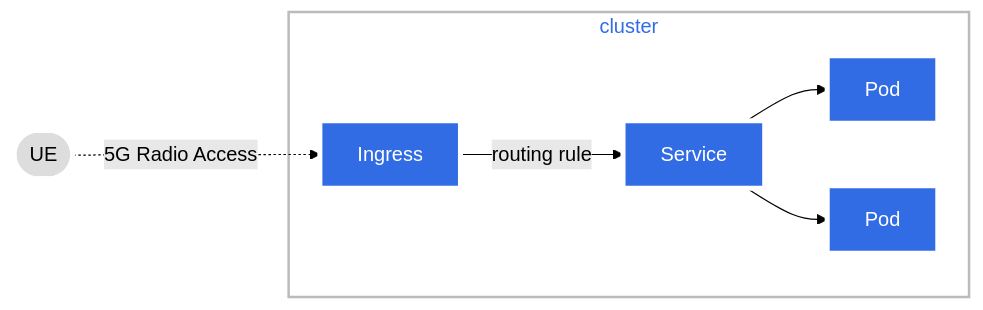
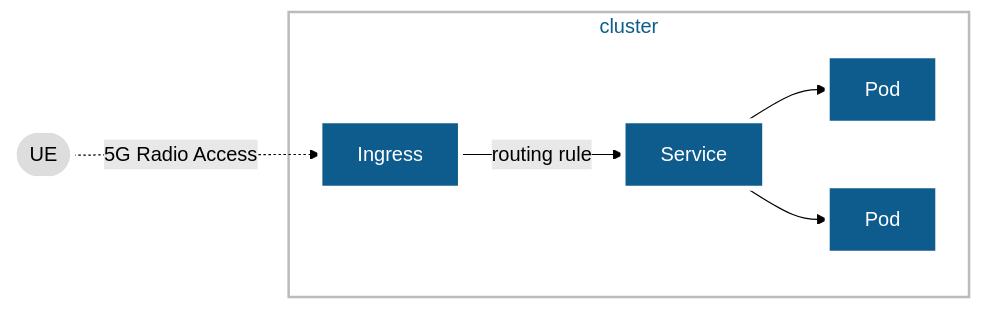
Before and after one commit to robinmordasiewicz/f5-cnf-lab: the second of 2 diagrams in index.rst, drawn with Mermaid (forest theme). The commit also changed other lines of this file and 12 other files, not shown here.

```diff
--- a/index.rst
+++ b/index.rst
@@ -50,17 +53,17 @@
 .. mermaid::
    :caption: Figure 6: Ingress Controller
 
    graph LR
       UE([UE])-. 5G Radio Access .->ingress[Ingress];
       ingress-->|routing rule|service[Service];
       subgraph cluster
       ingress;
       service-->pod1[Pod];
       service-->pod2[Pod];
       end
       classDef plain fill:#ddd,stroke:#fff,stroke-width:4px,color:#000;
-      classDef k8s fill:#326ce5,stroke:#fff,stroke-width:4px,color:#fff;
-      classDef cluster fill:#fff,stroke:#bbb,stroke-width:2px,color:#326ce5;
+      classDef k8s fill:#0E5C8D,stroke:#fff,stroke-width:4px,color:#fff;
+      classDef cluster fill:#fff,stroke:#bbb,stroke-width:2px,color:#0E5C8D;
       class ingress,service,pod1,pod2 k8s;
       class UE plain;
       class cluster cluster;
```
